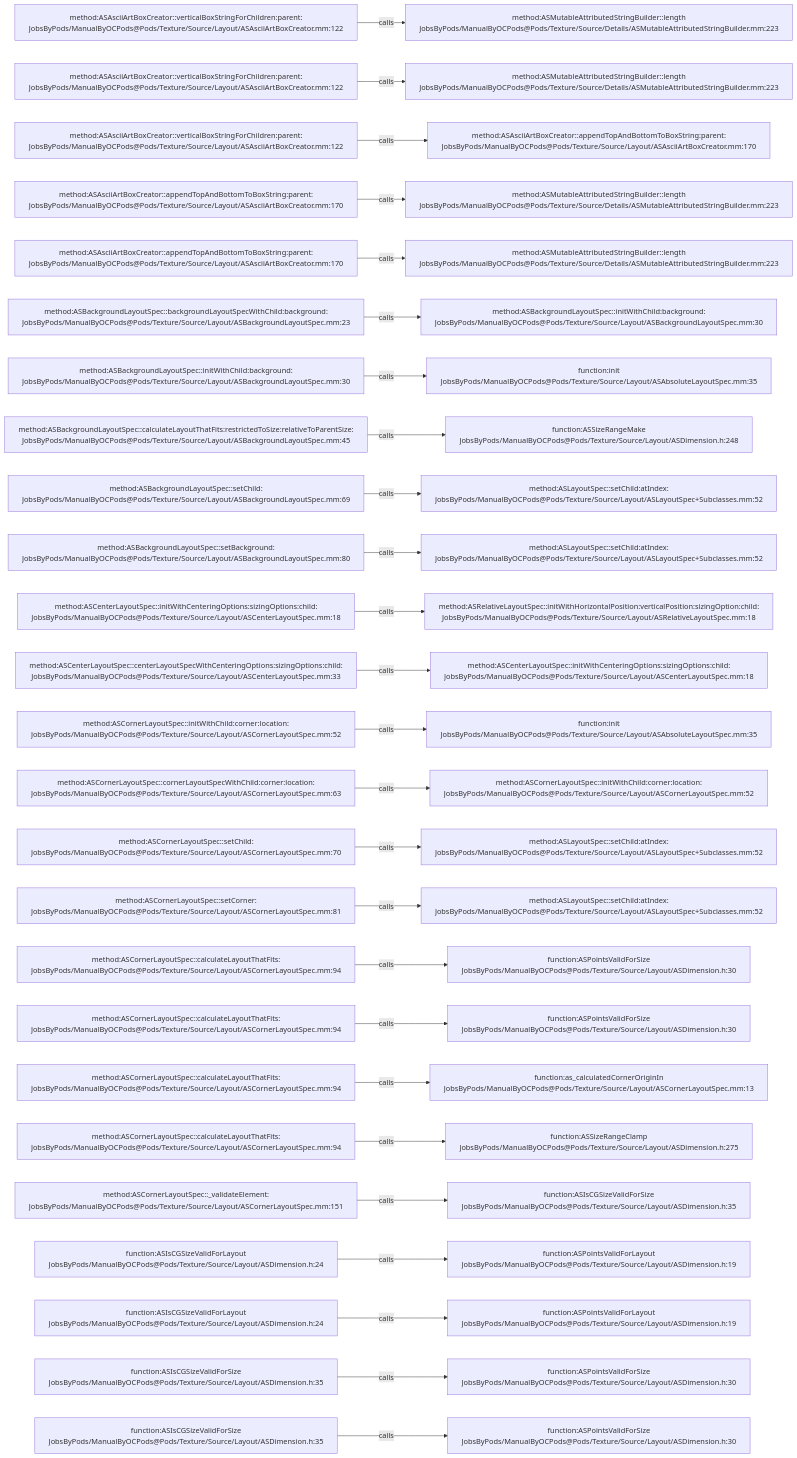
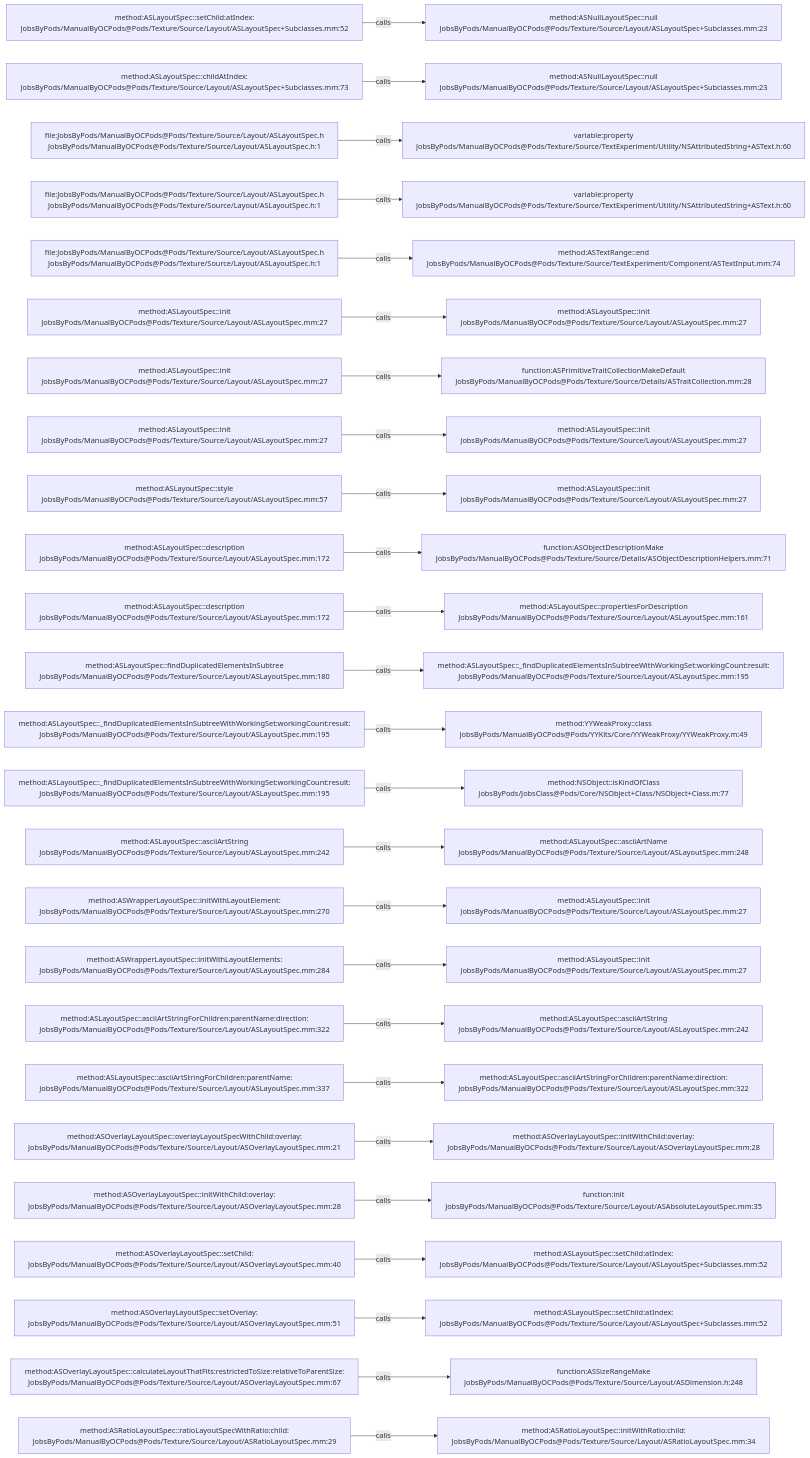
One commit to JobsKits/JobsOCBaseConfigDemo changed the diagram in .codegraph/codegraph.md/graphs/calls-173.md. Above: the diagram before and after it, drawn with Mermaid. The commit also changed 1448 other files, not shown here.

````diff
--- a/.codegraph/codegraph.md/graphs/calls-173.md
+++ b/.codegraph/codegraph.md/graphs/calls-173.md
@@ -13,78 +13,78 @@
 ```mermaid
 flowchart LR
-  S1["method:ASAsciiArtBoxCreator::verticalBoxStringForChildren:parent:<br/>JobsByPods/ManualByOCPods@Pods/Texture/Source/Layout/ASAsciiArtBoxCreator.mm:122"]
-  T1["method:ASMutableAttributedStringBuilder::length<br/>JobsByPods/ManualByOCPods@Pods/Texture/Source/Details/ASMutableAttributedStringBuilder.mm:223"]
+  S1["method:ASLayoutSpec::setChild:atIndex:<br/>JobsByPods/ManualByOCPods@Pods/Texture/Source/Layout/ASLayoutSpec+Subclasses.mm:52"]
+  T1["method:ASNullLayoutSpec::null<br/>JobsByPods/ManualByOCPods@Pods/Texture/Source/Layout/ASLayoutSpec+Subclasses.mm:23"]
   S1 -->|calls| T1
-  S2["method:ASAsciiArtBoxCreator::verticalBoxStringForChildren:parent:<br/>JobsByPods/ManualByOCPods@Pods/Texture/Source/Layout/ASAsciiArtBoxCreator.mm:122"]
-  T2["method:ASMutableAttributedStringBuilder::length<br/>JobsByPods/ManualByOCPods@Pods/Texture/Source/Details/ASMutableAttributedStringBuilder.mm:223"]
+  S2["method:ASLayoutSpec::childAtIndex:<br/>JobsByPods/ManualByOCPods@Pods/Texture/Source/Layout/ASLayoutSpec+Subclasses.mm:73"]
+  T2["method:ASNullLayoutSpec::null<br/>JobsByPods/ManualByOCPods@Pods/Texture/Source/Layout/ASLayoutSpec+Subclasses.mm:23"]
   S2 -->|calls| T2
-  S3["method:ASAsciiArtBoxCreator::verticalBoxStringForChildren:parent:<br/>JobsByPods/ManualByOCPods@Pods/Texture/Source/Layout/ASAsciiArtBoxCreator.mm:122"]
-  T3["method:ASAsciiArtBoxCreator::appendTopAndBottomToBoxString:parent:<br/>JobsByPods/ManualByOCPods@Pods/Texture/Source/Layout/ASAsciiArtBoxCreator.mm:170"]
+  S3["file:JobsByPods/ManualByOCPods@Pods/Texture/Source/Layout/ASLayoutSpec.h<br/>JobsByPods/ManualByOCPods@Pods/Texture/Source/Layout/ASLayoutSpec.h:1"]
+  T3["variable:property<br/>JobsByPods/ManualByOCPods@Pods/Texture/Source/TextExperiment/Utility/NSAttributedString+ASText.h:60"]
   S3 -->|calls| T3
-  S4["method:ASAsciiArtBoxCreator::appendTopAndBottomToBoxString:parent:<br/>JobsByPods/ManualByOCPods@Pods/Texture/Source/Layout/ASAsciiArtBoxCreator.mm:170"]
-  T4["method:ASMutableAttributedStringBuilder::length<br/>JobsByPods/ManualByOCPods@Pods/Texture/Source/Details/ASMutableAttributedStringBuilder.mm:223"]
+  S4["file:JobsByPods/ManualByOCPods@Pods/Texture/Source/Layout/ASLayoutSpec.h<br/>JobsByPods/ManualByOCPods@Pods/Texture/Source/Layout/ASLayoutSpec.h:1"]
+  T4["variable:property<br/>JobsByPods/ManualByOCPods@Pods/Texture/Source/TextExperiment/Utility/NSAttributedString+ASText.h:60"]
   S4 -->|calls| T4
-  S5["method:ASAsciiArtBoxCreator::appendTopAndBottomToBoxString:parent:<br/>JobsByPods/ManualByOCPods@Pods/Texture/Source/Layout/ASAsciiArtBoxCreator.mm:170"]
-  T5["method:ASMutableAttributedStringBuilder::length<br/>JobsByPods/ManualByOCPods@Pods/Texture/Source/Details/ASMutableAttributedStringBuilder.mm:223"]
+  S5["file:JobsByPods/ManualByOCPods@Pods/Texture/Source/Layout/ASLayoutSpec.h<br/>JobsByPods/ManualByOCPods@Pods/Texture/Source/Layout/ASLayoutSpec.h:1"]
+  T5["method:ASTextRange::end<br/>JobsByPods/ManualByOCPods@Pods/Texture/Source/TextExperiment/Component/ASTextInput.mm:74"]
   S5 -->|calls| T5
-  S6["method:ASBackgroundLayoutSpec::backgroundLayoutSpecWithChild:background:<br/>JobsByPods/ManualByOCPods@Pods/Texture/Source/Layout/ASBackgroundLayoutSpec.mm:23"]
-  T6["method:ASBackgroundLayoutSpec::initWithChild:background:<br/>JobsByPods/ManualByOCPods@Pods/Texture/Source/Layout/ASBackgroundLayoutSpec.mm:30"]
+  S6["method:ASLayoutSpec::init<br/>JobsByPods/ManualByOCPods@Pods/Texture/Source/Layout/ASLayoutSpec.mm:27"]
+  T6["method:ASLayoutSpec::init<br/>JobsByPods/ManualByOCPods@Pods/Texture/Source/Layout/ASLayoutSpec.mm:27"]
   S6 -->|calls| T6
-  S7["method:ASBackgroundLayoutSpec::initWithChild:background:<br/>JobsByPods/ManualByOCPods@Pods/Texture/Source/Layout/ASBackgroundLayoutSpec.mm:30"]
-  T7["function:init<br/>JobsByPods/ManualByOCPods@Pods/Texture/Source/Layout/ASAbsoluteLayoutSpec.mm:35"]
+  S7["method:ASLayoutSpec::init<br/>JobsByPods/ManualByOCPods@Pods/Texture/Source/Layout/ASLayoutSpec.mm:27"]
+  T7["function:ASPrimitiveTraitCollectionMakeDefault<br/>JobsByPods/ManualByOCPods@Pods/Texture/Source/Details/ASTraitCollection.mm:28"]
   S7 -->|calls| T7
-  S8["method:ASBackgroundLayoutSpec::calculateLayoutThatFits:restrictedToSize:relativeToParentSize:<br/>JobsByPods/ManualByOCPods@Pods/Texture/Source/Layout/ASBackgroundLayoutSpec.mm:45"]
-  T8["function:ASSizeRangeMake<br/>JobsByPods/ManualByOCPods@Pods/Texture/Source/Layout/ASDimension.h:248"]
+  S8["method:ASLayoutSpec::init<br/>JobsByPods/ManualByOCPods@Pods/Texture/Source/Layout/ASLayoutSpec.mm:27"]
+  T8["method:ASLayoutSpec::init<br/>JobsByPods/ManualByOCPods@Pods/Texture/Source/Layout/ASLayoutSpec.mm:27"]
   S8 -->|calls| T8
-  S9["method:ASBackgroundLayoutSpec::setChild:<br/>JobsByPods/ManualByOCPods@Pods/Texture/Source/Layout/ASBackgroundLayoutSpec.mm:69"]
-  T9["method:ASLayoutSpec::setChild:atIndex:<br/>JobsByPods/ManualByOCPods@Pods/Texture/Source/Layout/ASLayoutSpec+Subclasses.mm:52"]
+  S9["method:ASLayoutSpec::style<br/>JobsByPods/ManualByOCPods@Pods/Texture/Source/Layout/ASLayoutSpec.mm:57"]
+  T9["method:ASLayoutSpec::init<br/>JobsByPods/ManualByOCPods@Pods/Texture/Source/Layout/ASLayoutSpec.mm:27"]
   S9 -->|calls| T9
-  S10["method:ASBackgroundLayoutSpec::setBackground:<br/>JobsByPods/ManualByOCPods@Pods/Texture/Source/Layout/ASBackgroundLayoutSpec.mm:80"]
-  T10["method:ASLayoutSpec::setChild:atIndex:<br/>JobsByPods/ManualByOCPods@Pods/Texture/Source/Layout/ASLayoutSpec+Subclasses.mm:52"]
+  S10["method:ASLayoutSpec::description<br/>JobsByPods/ManualByOCPods@Pods/Texture/Source/Layout/ASLayoutSpec.mm:172"]
+  T10["function:ASObjectDescriptionMake<br/>JobsByPods/ManualByOCPods@Pods/Texture/Source/Details/ASObjectDescriptionHelpers.mm:71"]
   S10 -->|calls| T10
-  S11["method:ASCenterLayoutSpec::initWithCenteringOptions:sizingOptions:child:<br/>JobsByPods/ManualByOCPods@Pods/Texture/Source/Layout/ASCenterLayoutSpec.mm:18"]
-  T11["method:ASRelativeLayoutSpec::initWithHorizontalPosition:verticalPosition:sizingOption:child:<br/>JobsByPods/ManualByOCPods@Pods/Texture/Source/Layout/ASRelativeLayoutSpec.mm:18"]
+  S11["method:ASLayoutSpec::description<br/>JobsByPods/ManualByOCPods@Pods/Texture/Source/Layout/ASLayoutSpec.mm:172"]
+  T11["method:ASLayoutSpec::propertiesForDescription<br/>JobsByPods/ManualByOCPods@Pods/Texture/Source/Layout/ASLayoutSpec.mm:161"]
   S11 -->|calls| T11
-  S12["method:ASCenterLayoutSpec::centerLayoutSpecWithCenteringOptions:sizingOptions:child:<br/>JobsByPods/ManualByOCPods@Pods/Texture/Source/Layout/ASCenterLayoutSpec.mm:33"]
-  T12["method:ASCenterLayoutSpec::initWithCenteringOptions:sizingOptions:child:<br/>JobsByPods/ManualByOCPods@Pods/Texture/Source/Layout/ASCenterLayoutSpec.mm:18"]
+  S12["method:ASLayoutSpec::findDuplicatedElementsInSubtree<br/>JobsByPods/ManualByOCPods@Pods/Texture/Source/Layout/ASLayoutSpec.mm:180"]
+  T12["method:ASLayoutSpec::_findDuplicatedElementsInSubtreeWithWorkingSet:workingCount:result:<br/>JobsByPods/ManualByOCPods@Pods/Texture/Source/Layout/ASLayoutSpec.mm:195"]
   S12 -->|calls| T12
-  S13["method:ASCornerLayoutSpec::initWithChild:corner:location:<br/>JobsByPods/ManualByOCPods@Pods/Texture/Source/Layout/ASCornerLayoutSpec.mm:52"]
-  T13["function:init<br/>JobsByPods/ManualByOCPods@Pods/Texture/Source/Layout/ASAbsoluteLayoutSpec.mm:35"]
+  S13["method:ASLayoutSpec::_findDuplicatedElementsInSubtreeWithWorkingSet:workingCount:result:<br/>JobsByPods/ManualByOCPods@Pods/Texture/Source/Layout/ASLayoutSpec.mm:195"]
+  T13["method:YYWeakProxy::class<br/>JobsByPods/ManualByOCPods@Pods/YYKits/Core/YYWeakProxy/YYWeakProxy.m:49"]
   S13 -->|calls| T13
-  S14["method:ASCornerLayoutSpec::cornerLayoutSpecWithChild:corner:location:<br/>JobsByPods/ManualByOCPods@Pods/Texture/Source/Layout/ASCornerLayoutSpec.mm:63"]
-  T14["method:ASCornerLayoutSpec::initWithChild:corner:location:<br/>JobsByPods/ManualByOCPods@Pods/Texture/Source/Layout/ASCornerLayoutSpec.mm:52"]
+  S14["method:ASLayoutSpec::_findDuplicatedElementsInSubtreeWithWorkingSet:workingCount:result:<br/>JobsByPods/ManualByOCPods@Pods/Texture/Source/Layout/ASLayoutSpec.mm:195"]
+  T14["method:NSObject::isKindOfClass<br/>JobsByPods/JobsClass@Pods/Core/NSObject+Class/NSObject+Class.m:77"]
   S14 -->|calls| T14
-  S15["method:ASCornerLayoutSpec::setChild:<br/>JobsByPods/ManualByOCPods@Pods/Texture/Source/Layout/ASCornerLayoutSpec.mm:70"]
-  T15["method:ASLayoutSpec::setChild:atIndex:<br/>JobsByPods/ManualByOCPods@Pods/Texture/Source/Layout/ASLayoutSpec+Subclasses.mm:52"]
+  S15["method:ASLayoutSpec::asciiArtString<br/>JobsByPods/ManualByOCPods@Pods/Texture/Source/Layout/ASLayoutSpec.mm:242"]
+  T15["method:ASLayoutSpec::asciiArtName<br/>JobsByPods/ManualByOCPods@Pods/Texture/Source/Layout/ASLayoutSpec.mm:248"]
   S15 -->|calls| T15
-  S16["method:ASCornerLayoutSpec::setCorner:<br/>JobsByPods/ManualByOCPods@Pods/Texture/Source/Layout/ASCornerLayoutSpec.mm:81"]
-  T16["method:ASLayoutSpec::setChild:atIndex:<br/>JobsByPods/ManualByOCPods@Pods/Texture/Source/Layout/ASLayoutSpec+Subclasses.mm:52"]
+  S16["method:ASWrapperLayoutSpec::initWithLayoutElement:<br/>JobsByPods/ManualByOCPods@Pods/Texture/Source/Layout/ASLayoutSpec.mm:270"]
+  T16["method:ASLayoutSpec::init<br/>JobsByPods/ManualByOCPods@Pods/Texture/Source/Layout/ASLayoutSpec.mm:27"]
   S16 -->|calls| T16
-  S17["method:ASCornerLayoutSpec::calculateLayoutThatFits:<br/>JobsByPods/ManualByOCPods@Pods/Texture/Source/Layout/ASCornerLayoutSpec.mm:94"]
-  T17["function:ASPointsValidForSize<br/>JobsByPods/ManualByOCPods@Pods/Texture/Source/Layout/ASDimension.h:30"]
+  S17["method:ASWrapperLayoutSpec::initWithLayoutElements:<br/>JobsByPods/ManualByOCPods@Pods/Texture/Source/Layout/ASLayoutSpec.mm:284"]
+  T17["method:ASLayoutSpec::init<br/>JobsByPods/ManualByOCPods@Pods/Texture/Source/Layout/ASLayoutSpec.mm:27"]
   S17 -->|calls| T17
-  S18["method:ASCornerLayoutSpec::calculateLayoutThatFits:<br/>JobsByPods/ManualByOCPods@Pods/Texture/Source/Layout/ASCornerLayoutSpec.mm:94"]
-  T18["function:ASPointsValidForSize<br/>JobsByPods/ManualByOCPods@Pods/Texture/Source/Layout/ASDimension.h:30"]
+  S18["method:ASLayoutSpec::asciiArtStringForChildren:parentName:direction:<br/>JobsByPods/ManualByOCPods@Pods/Texture/Source/Layout/ASLayoutSpec.mm:322"]
+  T18["method:ASLayoutSpec::asciiArtString<br/>JobsByPods/ManualByOCPods@Pods/Texture/Source/Layout/ASLayoutSpec.mm:242"]
   S18 -->|calls| T18
-  S19["method:ASCornerLayoutSpec::calculateLayoutThatFits:<br/>JobsByPods/ManualByOCPods@Pods/Texture/Source/Layout/ASCornerLayoutSpec.mm:94"]
-  T19["function:as_calculatedCornerOriginIn<br/>JobsByPods/ManualByOCPods@Pods/Texture/Source/Layout/ASCornerLayoutSpec.mm:13"]
+  S19["method:ASLayoutSpec::asciiArtStringForChildren:parentName:<br/>JobsByPods/ManualByOCPods@Pods/Texture/Source/Layout/ASLayoutSpec.mm:337"]
+  T19["method:ASLayoutSpec::asciiArtStringForChildren:parentName:direction:<br/>JobsByPods/ManualByOCPods@Pods/Texture/Source/Layout/ASLayoutSpec.mm:322"]
   S19 -->|calls| T19
-  S20["method:ASCornerLayoutSpec::calculateLayoutThatFits:<br/>JobsByPods/ManualByOCPods@Pods/Texture/Source/Layout/ASCornerLayoutSpec.mm:94"]
-  T20["function:ASSizeRangeClamp<br/>JobsByPods/ManualByOCPods@Pods/Texture/Source/Layout/ASDimension.h:275"]
+  S20["method:ASOverlayLayoutSpec::overlayLayoutSpecWithChild:overlay:<br/>JobsByPods/ManualByOCPods@Pods/Texture/Source/Layout/ASOverlayLayoutSpec.mm:21"]
+  T20["method:ASOverlayLayoutSpec::initWithChild:overlay:<br/>JobsByPods/ManualByOCPods@Pods/Texture/Source/Layout/ASOverlayLayoutSpec.mm:28"]
   S20 -->|calls| T20
-  S21["method:ASCornerLayoutSpec::_validateElement:<br/>JobsByPods/ManualByOCPods@Pods/Texture/Source/Layout/ASCornerLayoutSpec.mm:151"]
-  T21["function:ASIsCGSizeValidForSize<br/>JobsByPods/ManualByOCPods@Pods/Texture/Source/Layout/ASDimension.h:35"]
+  S21["method:ASOverlayLayoutSpec::initWithChild:overlay:<br/>JobsByPods/ManualByOCPods@Pods/Texture/Source/Layout/ASOverlayLayoutSpec.mm:28"]
+  T21["function:init<br/>JobsByPods/ManualByOCPods@Pods/Texture/Source/Layout/ASAbsoluteLayoutSpec.mm:35"]
   S21 -->|calls| T21
-  S22["function:ASIsCGSizeValidForLayout<br/>JobsByPods/ManualByOCPods@Pods/Texture/Source/Layout/ASDimension.h:24"]
-  T22["function:ASPointsValidForLayout<br/>JobsByPods/ManualByOCPods@Pods/Texture/Source/Layout/ASDimension.h:19"]
+  S22["method:ASOverlayLayoutSpec::setChild:<br/>JobsByPods/ManualByOCPods@Pods/Texture/Source/Layout/ASOverlayLayoutSpec.mm:40"]
+  T22["method:ASLayoutSpec::setChild:atIndex:<br/>JobsByPods/ManualByOCPods@Pods/Texture/Source/Layout/ASLayoutSpec+Subclasses.mm:52"]
   S22 -->|calls| T22
-  S23["function:ASIsCGSizeValidForLayout<br/>JobsByPods/ManualByOCPods@Pods/Texture/Source/Layout/ASDimension.h:24"]
-  T23["function:ASPointsValidForLayout<br/>JobsByPods/ManualByOCPods@Pods/Texture/Source/Layout/ASDimension.h:19"]
+  S23["method:ASOverlayLayoutSpec::setOverlay:<br/>JobsByPods/ManualByOCPods@Pods/Texture/Source/Layout/ASOverlayLayoutSpec.mm:51"]
+  T23["method:ASLayoutSpec::setChild:atIndex:<br/>JobsByPods/ManualByOCPods@Pods/Texture/Source/Layout/ASLayoutSpec+Subclasses.mm:52"]
   S23 -->|calls| T23
-  S24["function:ASIsCGSizeValidForSize<br/>JobsByPods/ManualByOCPods@Pods/Texture/Source/Layout/ASDimension.h:35"]
-  T24["function:ASPointsValidForSize<br/>JobsByPods/ManualByOCPods@Pods/Texture/Source/Layout/ASDimension.h:30"]
+  S24["method:ASOverlayLayoutSpec::calculateLayoutThatFits:restrictedToSize:relativeToParentSize:<br/>JobsByPods/ManualByOCPods@Pods/Texture/Source/Layout/ASOverlayLayoutSpec.mm:67"]
+  T24["function:ASSizeRangeMake<br/>JobsByPods/ManualByOCPods@Pods/Texture/Source/Layout/ASDimension.h:248"]
   S24 -->|calls| T24
-  S25["function:ASIsCGSizeValidForSize<br/>JobsByPods/ManualByOCPods@Pods/Texture/Source/Layout/ASDimension.h:35"]
-  T25["function:ASPointsValidForSize<br/>JobsByPods/ManualByOCPods@Pods/Texture/Source/Layout/ASDimension.h:30"]
+  S25["method:ASRatioLayoutSpec::ratioLayoutSpecWithRatio:child:<br/>JobsByPods/ManualByOCPods@Pods/Texture/Source/Layout/ASRatioLayoutSpec.mm:29"]
+  T25["method:ASRatioLayoutSpec::initWithRatio:child:<br/>JobsByPods/ManualByOCPods@Pods/Texture/Source/Layout/ASRatioLayoutSpec.mm:34"]
   S25 -->|calls| T25
 ```
````
